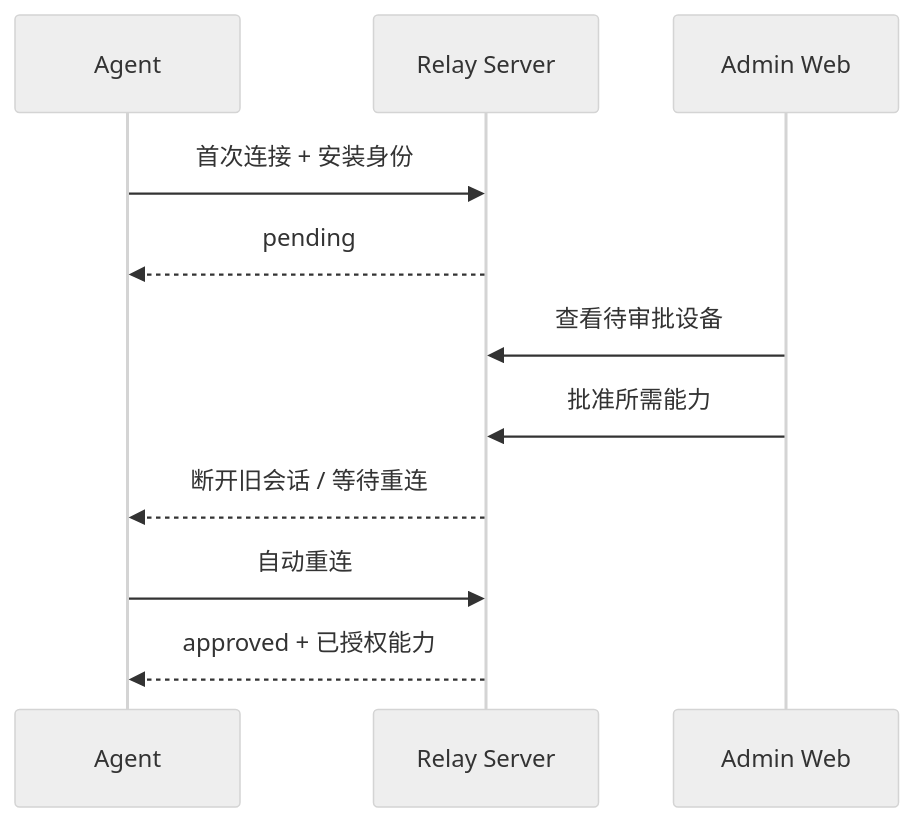
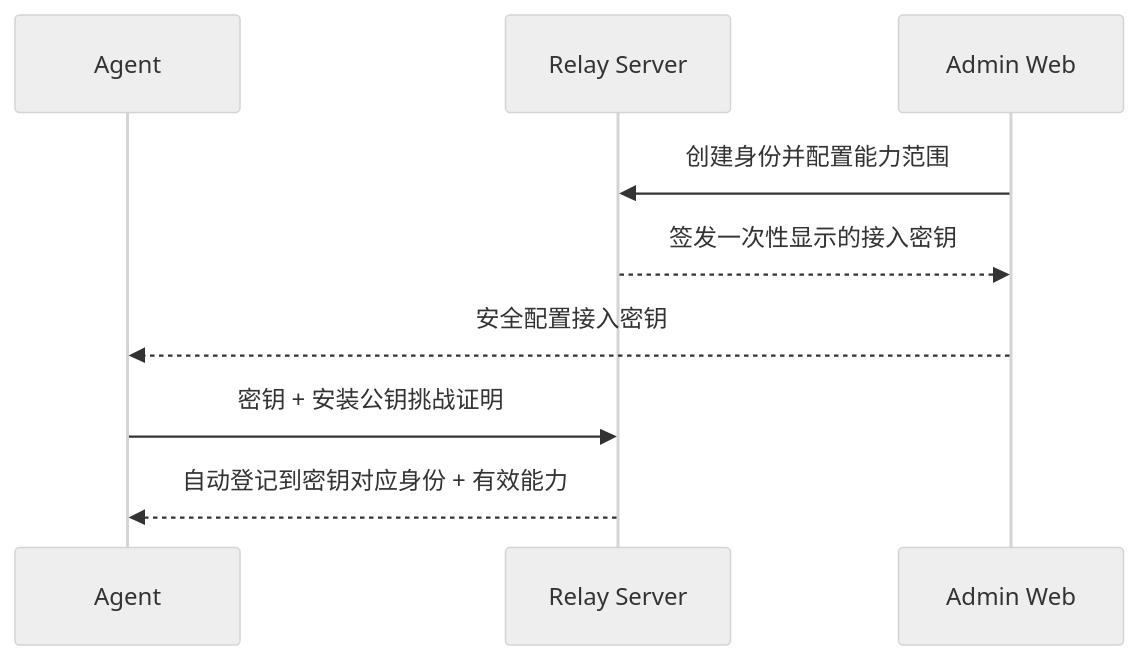
Before and after one commit to timwai/RelayProxy: the third of 9 diagrams in README.md, drawn with Mermaid (neutral theme). The commit also changed other lines of this file and 22 other files, not shown here.

````diff
--- a/README.md
+++ b/README.md
@@ -76,14 +76,12 @@
 ```mermaid
 sequenceDiagram
     participant A as Agent
     participant S as Relay Server
     participant W as Admin Web
 
-    A->>S: 首次连接 + 安装身份
-    S-->>A: pending
-    W->>S: 查看待审批设备
-    W->>S: 批准所需能力
-    S-->>A: 断开旧会话 / 等待重连
-    A->>S: 自动重连
-    S-->>A: approved + 已授权能力
+    W->>S: 创建身份并配置能力范围
+    S-->>W: 签发一次性显示的接入密钥
+    W-->>A: 安全配置接入密钥
+    A->>S: 密钥 + 安装公钥挑战证明
+    S-->>A: 自动登记到密钥对应身份 + 有效能力
 ```
````
